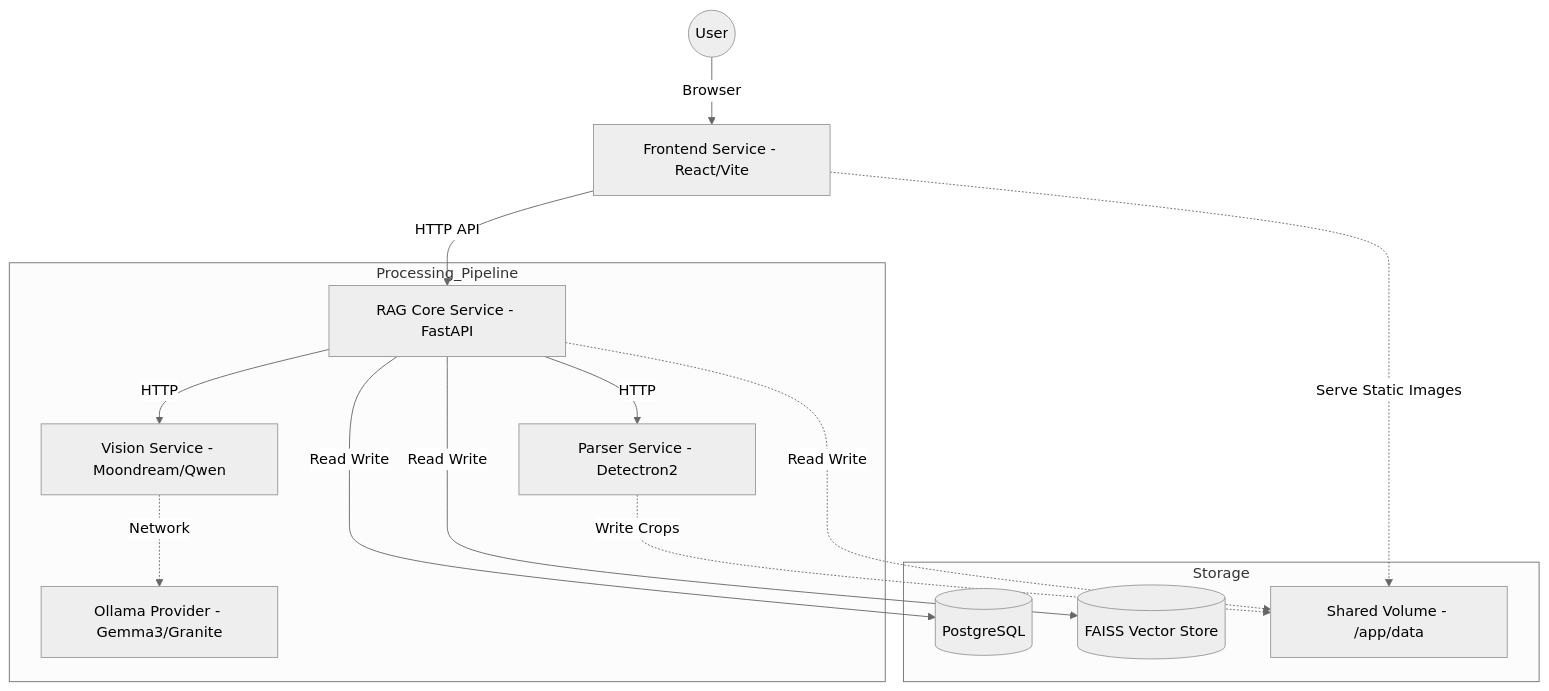
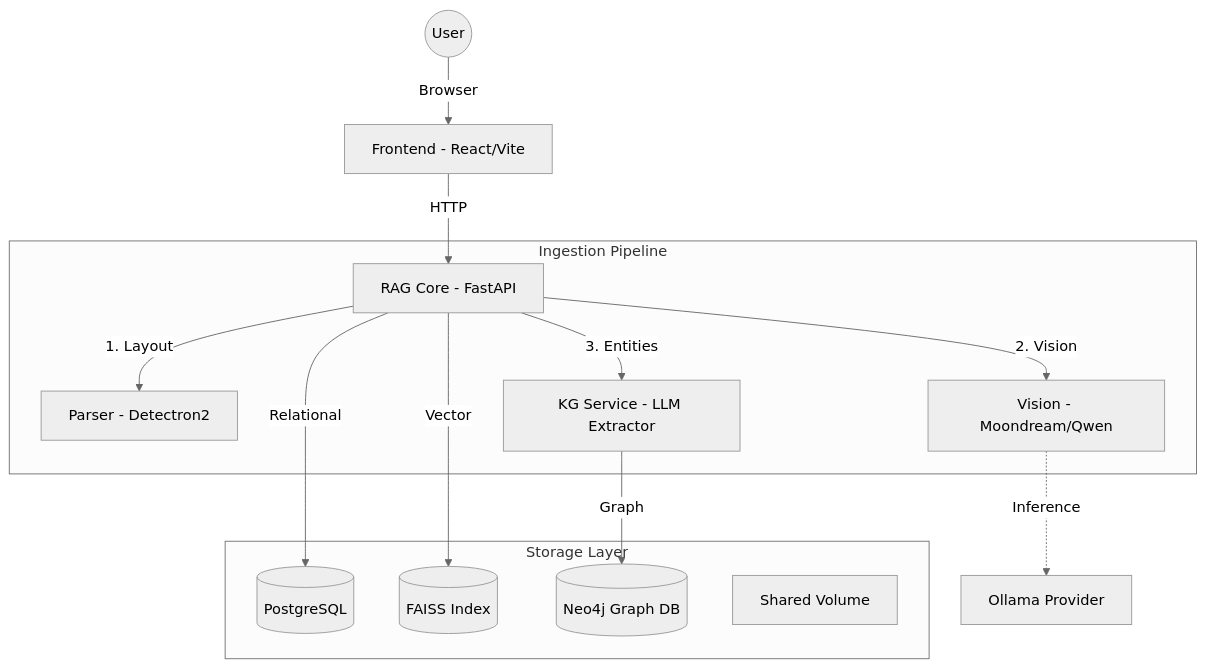
The diagram in README.md (sft3hy/AIRBud2.0), drawn with Mermaid (neutral theme) before and after one commit. The commit also changed other lines of this file and 20 other files, not shown here.

````diff
--- a/README.md
+++ b/README.md
@@ -13,21 +13,20 @@
 ```mermaid
 graph TD
-    User((User)) -->|Browser| Frontend[Frontend Service - React/Vite]
-    Frontend -->|HTTP API| Core[RAG Core Service - FastAPI]
+    User((User)) -->|Browser| Frontend[Frontend - React/Vite]
+    Frontend -->|HTTP| Core[RAG Core - FastAPI]
     
-    subgraph Processing_Pipeline
-        Core -->|HTTP| Parser[Parser Service - Detectron2]
-        Core -->|HTTP| Vision[Vision Service - Moondream/Qwen]
-        Vision -.->|Network| Ollama[Ollama Provider - Gemma3/Granite]
+    subgraph "Ingestion Pipeline"
+        Core -->|1. Layout| Parser[Parser - Detectron2]
+        Core -->|2. Vision| Vision[Vision - Moondream/Qwen]
+        Core -->|3. Entities| KG[KG Service - LLM Extractor]
     end
     
-    subgraph Storage
-        Core -->|Read Write| DB[(PostgreSQL)]
-        Core -->|Read Write| FAISS[(FAISS Vector Store)]
-        SharedVol[Shared Volume - /app/data]
+    subgraph "Storage Layer"
+        Core -->|Relational| Postgres[(PostgreSQL)]
+        Core -->|Vector| FAISS[(FAISS Index)]
+        KG -->|Graph| Neo4j[(Neo4j Graph DB)]
+        SharedVol[Shared Volume]
     end
     
-    Frontend -.->|Serve Static Images| SharedVol
-    Parser -.->|Write Crops| SharedVol
-    Core -.->|Read Write| SharedVol
+    Vision -.->|Inference| Ollama[Ollama Provider]
 ```
````
